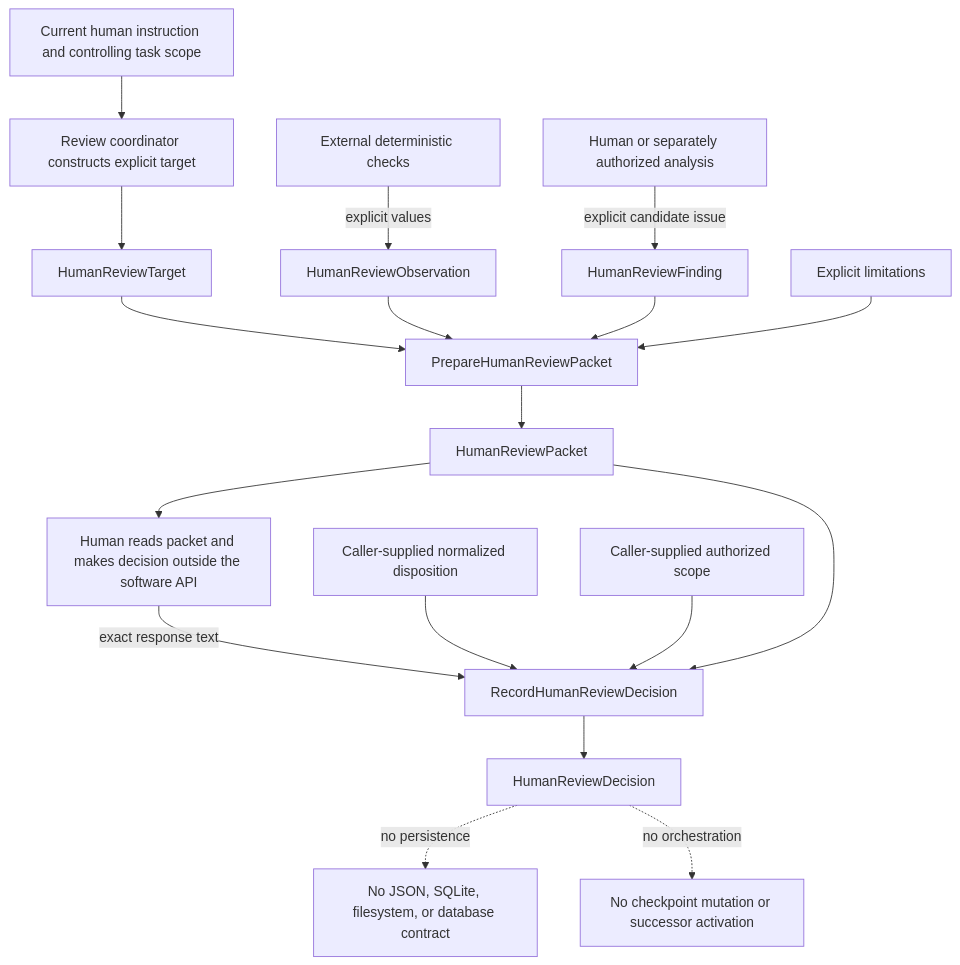
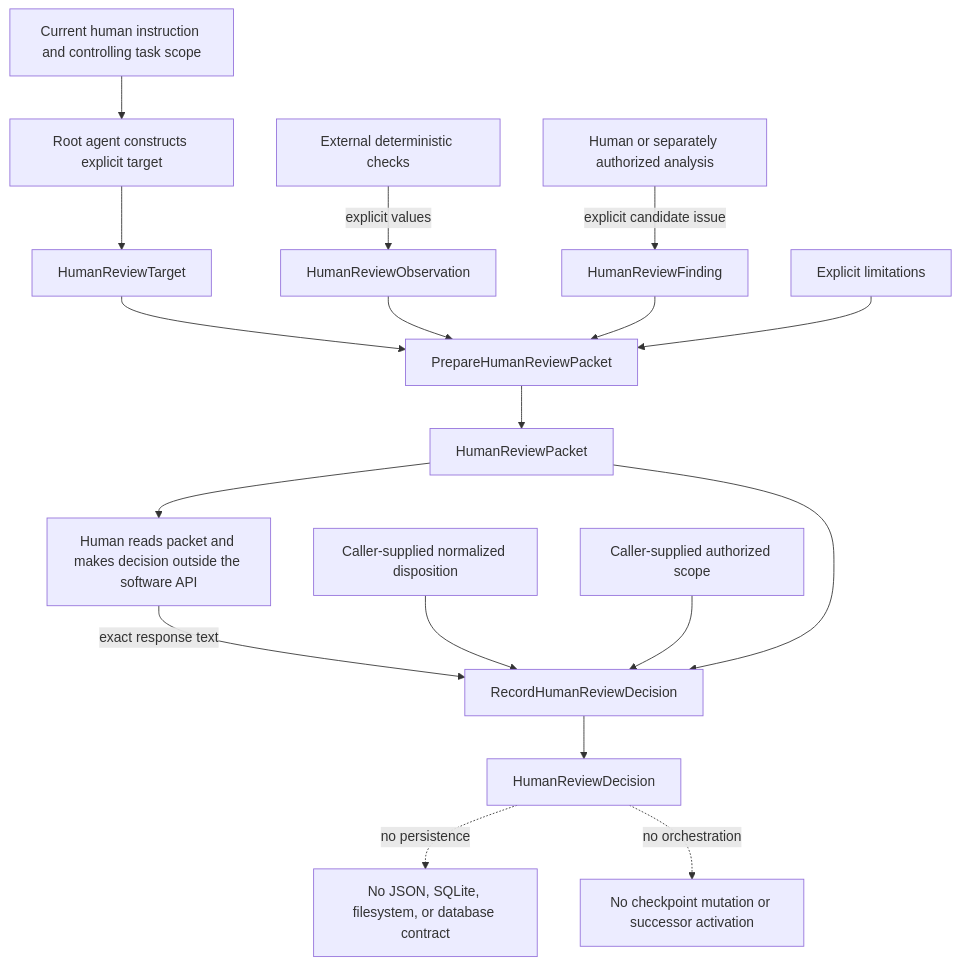
The diagram in docs/harness/ksdft2effmass.harness.003.001.002.md (eragasa/ksdft2effmass), drawn with Mermaid before and after one commit. The commit also changed other lines of this file and 2 other files, not shown here.

Commit message:
Name root agent as review target caller

````diff
--- a/docs/harness/ksdft2effmass.harness.003.001.002.md
+++ b/docs/harness/ksdft2effmass.harness.003.001.002.md
@@ -17,23 +17,23 @@
 ```mermaid
 flowchart TD
-    Authority["Current human instruction and controlling task scope"] --> Caller["Review coordinator constructs explicit target"]
+    Authority["Current human instruction and controlling task scope"] --> Caller["Root agent constructs explicit target"]
     Caller --> Target["HumanReviewTarget"]
     Checks["External deterministic checks"] -->|explicit values| Observation["HumanReviewObservation"]
     Analysis["Human or separately authorized analysis"] -->|explicit candidate issue| Finding["HumanReviewFinding"]
 
     Target --> Prepare["PrepareHumanReviewPacket"]
     Observation --> Prepare
     Finding --> Prepare
     Limitations["Explicit limitations"] --> Prepare
     Prepare --> Packet["HumanReviewPacket"]
 
     Packet --> Human["Human reads packet and makes decision outside the software API"]
     Human -->|exact response text| Record["RecordHumanReviewDecision"]
     CallerDisposition["Caller-supplied normalized disposition"] --> Record
     CallerScope["Caller-supplied authorized scope"] --> Record
     Packet --> Record
     Record --> Decision["HumanReviewDecision"]
 
     Decision -. no persistence .-> NoDatabase["No JSON, SQLite, filesystem, or database contract"]
     Decision -. no orchestration .-> NoActivation["No checkpoint mutation or successor activation"]
 ```
````
